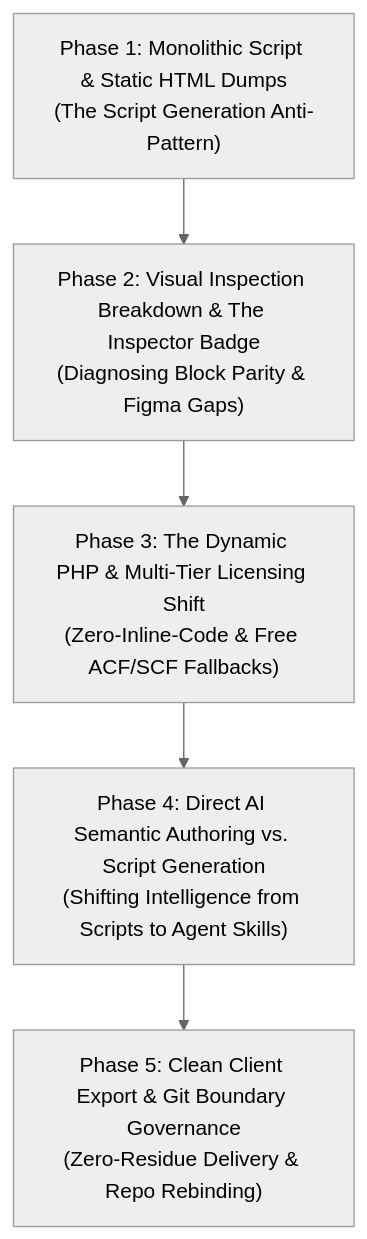
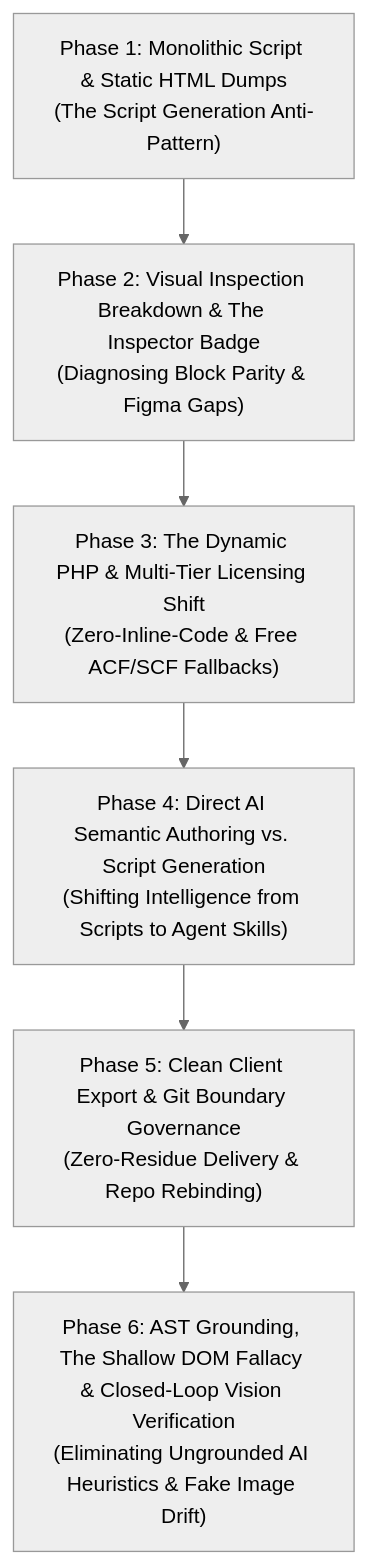
Before and after one commit to sudipto21in2024/UniversalCMSWorkflow: the diagram in Docs/HISTORICAL_DECISIONS_AND_CONCLUSIONS.md, drawn with Mermaid (neutral theme). The commit also changed other lines of this file and 20 other files, not shown here.

First line of the commit message:
feat(verification): implement block vision verification pipeline and AST-first grounding

````diff
--- a/Docs/HISTORICAL_DECISIONS_AND_CONCLUSIONS.md
+++ b/Docs/HISTORICAL_DECISIONS_AND_CONCLUSIONS.md
@@ -11,10 +11,11 @@
 ```mermaid
 flowchart TD
     M1["Phase 1: Monolithic Script & Static HTML Dumps\n(The Script Generation Anti-Pattern)"]
     M2["Phase 2: Visual Inspection Breakdown & The Inspector Badge\n(Diagnosing Block Parity & Figma Gaps)"]
     M3["Phase 3: The Dynamic PHP & Multi-Tier Licensing Shift\n(Zero-Inline-Code & Free ACF/SCF Fallbacks)"]
     M4["Phase 4: Direct AI Semantic Authoring vs. Script Generation\n(Shifting Intelligence from Scripts to Agent Skills)"]
     M5["Phase 5: Clean Client Export & Git Boundary Governance\n(Zero-Residue Delivery & Repo Rebinding)"]
+    M6["Phase 6: AST Grounding, The Shallow DOM Fallacy & Closed-Loop Vision Verification\n(Eliminating Ungrounded AI Heuristics & Fake Image Drift)"]
 
-    M1 --> M2 --> M3 --> M4 --> M5
+    M1 --> M2 --> M3 --> M4 --> M5 --> M6
 ```
````
